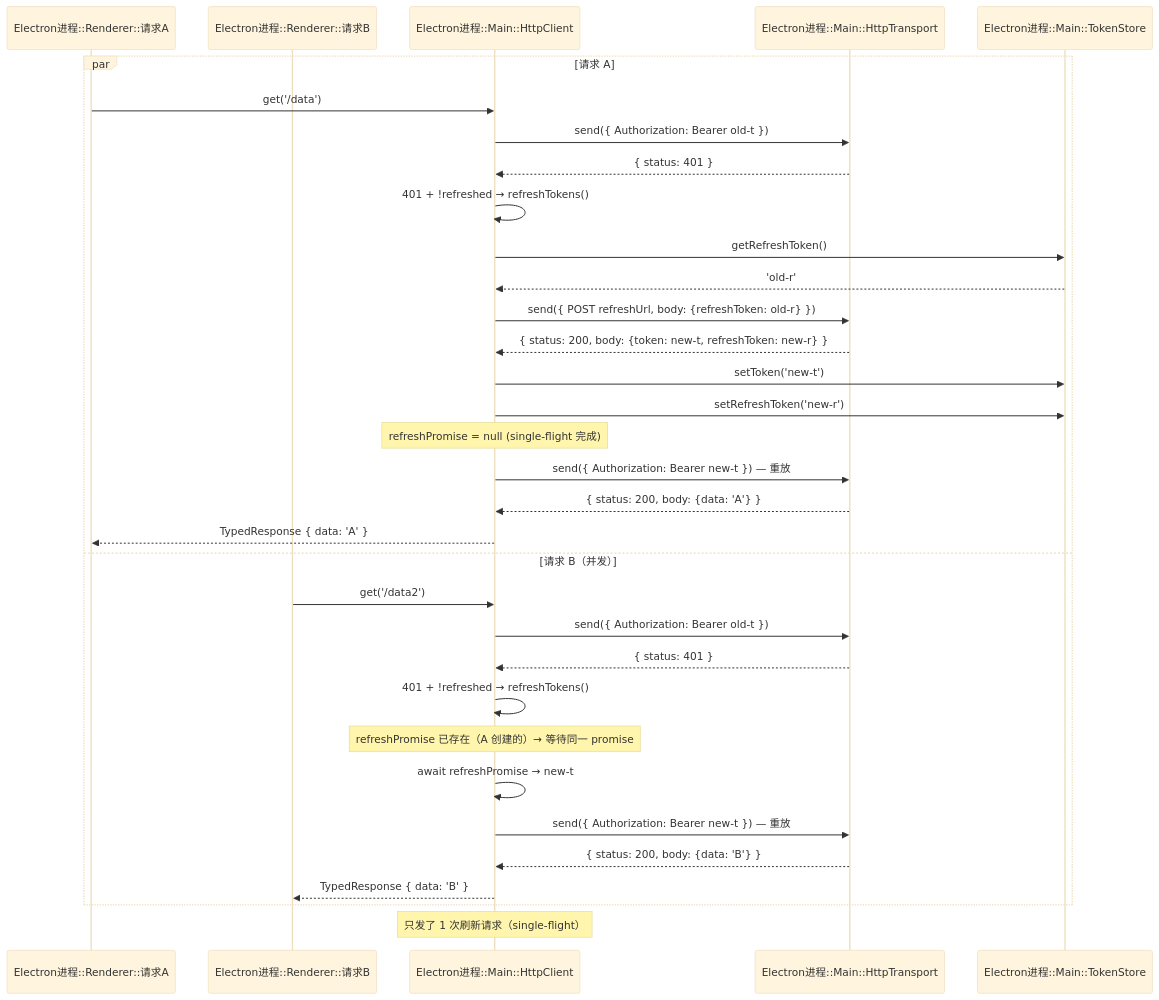
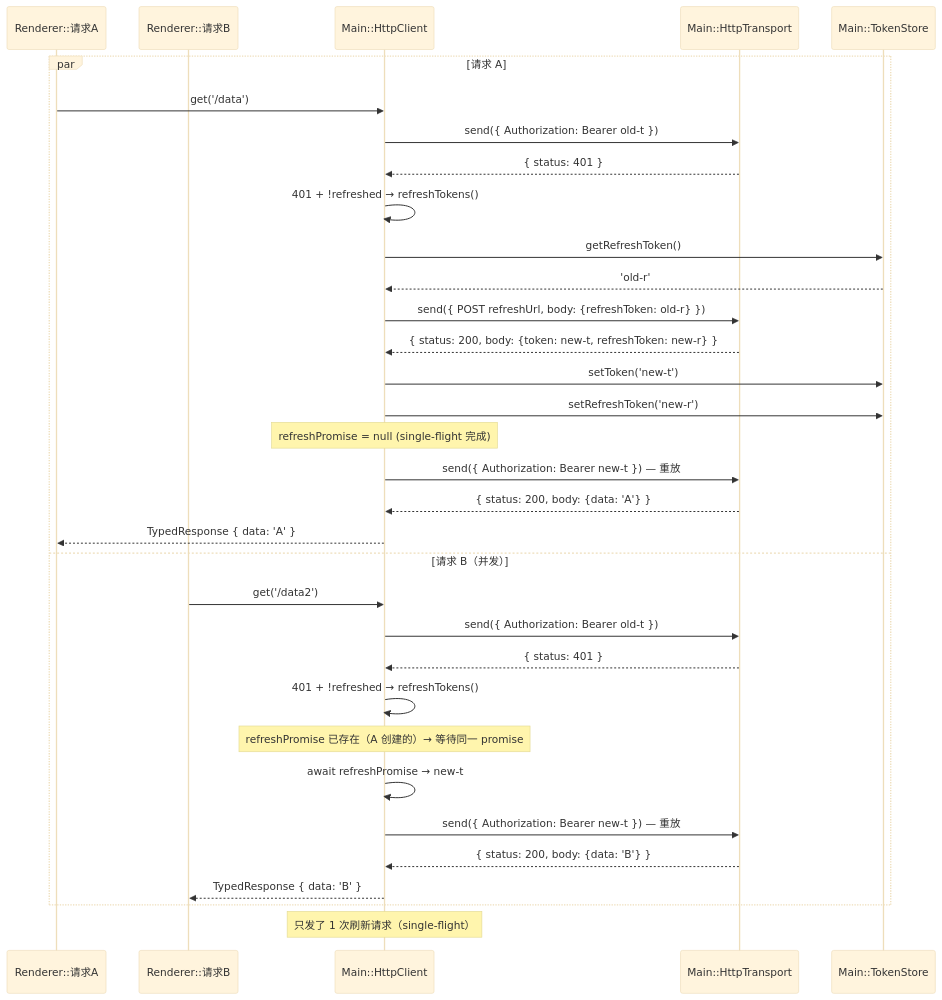
The tenth of 12 diagrams in docs/architecture-diagrams.md (lupnfer/vue_with_csdk), drawn with Mermaid (base theme) before and after one commit. The commit also changed other lines of this file, not shown here.

First line of the commit message:
docs: 时序图 participant 改为进程名::模块名格式

````diff
--- a/docs/architecture-diagrams.md
+++ b/docs/architecture-diagrams.md
@@ -499,37 +499,37 @@
 ```mermaid
 sequenceDiagram
-    participant R1 as Electron进程::Renderer::请求A
-    participant R2 as Electron进程::Renderer::请求B
-    participant H as Electron进程::Main::HttpClient
-    participant T as Electron进程::Main::HttpTransport
-    participant TS as Electron进程::Main::TokenStore
+    participant R1 as Renderer::请求A
+    participant R2 as Renderer::请求B
+    participant H as Main::HttpClient
+    participant T as Main::HttpTransport
+    participant TS as Main::TokenStore
 
     par 请求 A
         R1->>H: get('/data')
         H->>T: send({ Authorization: Bearer old-t })
         T-->>H: { status: 401 }
         H->>H: 401 + !refreshed → refreshTokens()
         H->>TS: getRefreshToken()
         TS-->>H: 'old-r'
         H->>T: send({ POST refreshUrl, body: {refreshToken: old-r} })
         T-->>H: { status: 200, body: {token: new-t, refreshToken: new-r} }
         H->>TS: setToken('new-t')
         H->>TS: setRefreshToken('new-r')
         Note over H: refreshPromise = null (single-flight 完成)
         H->>T: send({ Authorization: Bearer new-t }) — 重放
         T-->>H: { status: 200, body: {data: 'A'} }
         H-->>R1: TypedResponse { data: 'A' }
     and 请求 B（并发）
         R2->>H: get('/data2')
         H->>T: send({ Authorization: Bearer old-t })
         T-->>H: { status: 401 }
         H->>H: 401 + !refreshed → refreshTokens()
         Note over H: refreshPromise 已存在（A 创建的）→ 等待同一 promise
         H->>H: await refreshPromise → new-t
         H->>T: send({ Authorization: Bearer new-t }) — 重放
         T-->>H: { status: 200, body: {data: 'B'} }
         H-->>R2: TypedResponse { data: 'B' }
     end
 
     Note over H: 只发了 1 次刷新请求（single-flight）
 ```
````
